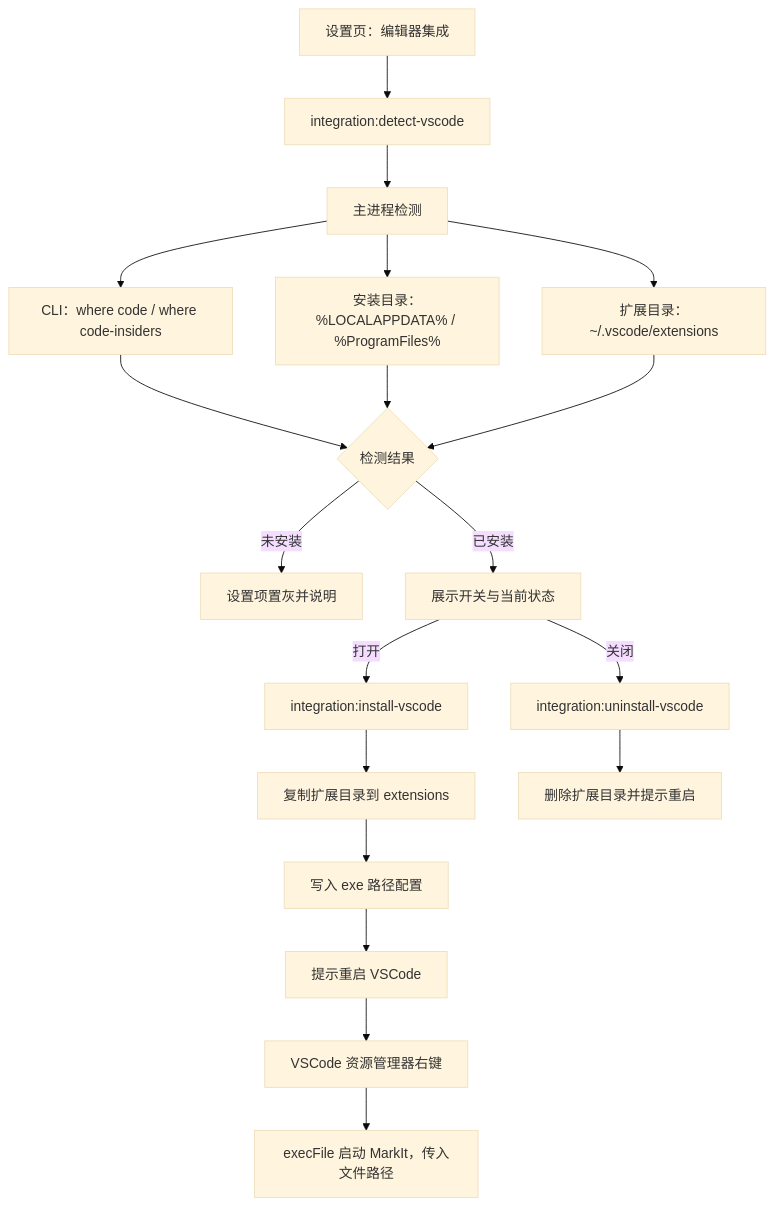
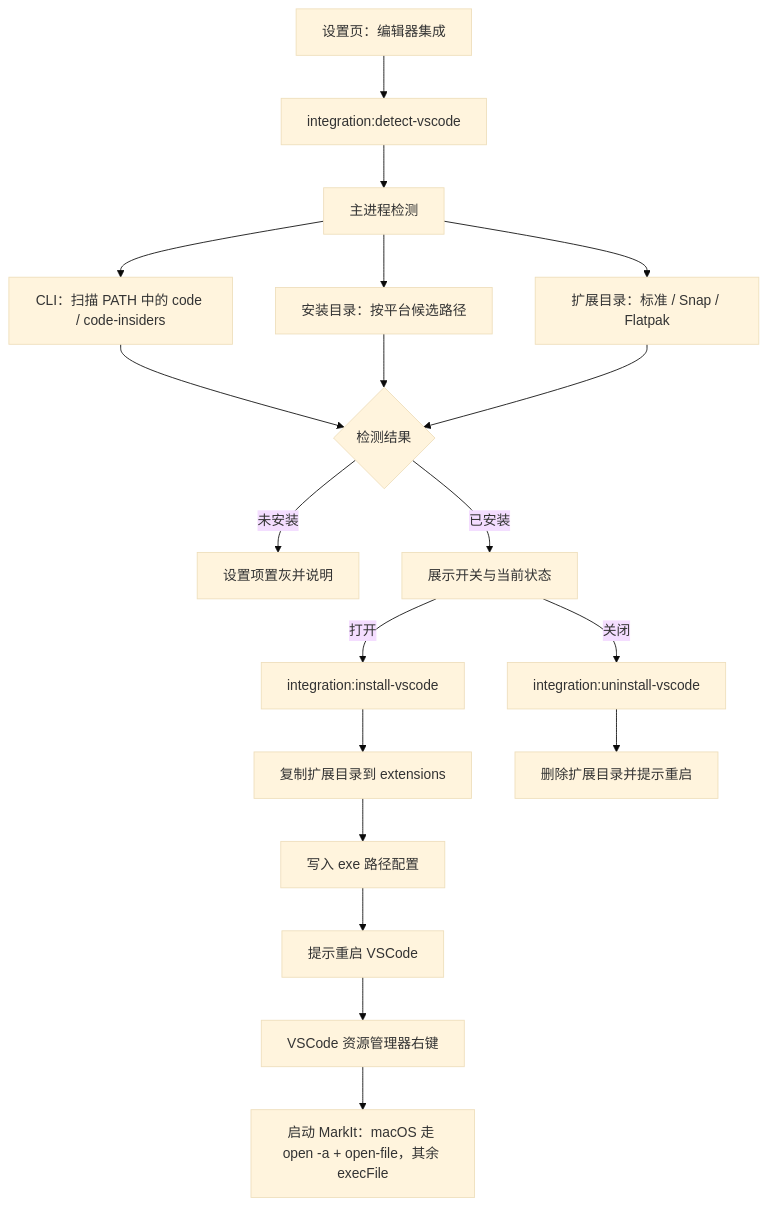
One commit to Harley-xk/mark-it changed the first of 2 diagrams in docs/计划功能/VSCode资源管理器集成.md. Above: the diagram before and after it, drawn with Mermaid (base theme). The commit also changed other lines of this file, not shown here.

Commit message:
docs(docs): 补齐 VSCode 资源管理器集成的三平台方案

````diff
--- a/docs/计划功能/VSCode资源管理器集成.md
+++ b/docs/计划功能/VSCode资源管理器集成.md
@@ -39,21 +41,21 @@
 ```mermaid
 flowchart TD
     A["设置页：编辑器集成"] --> B["integration:detect-vscode"]
     B --> C["主进程检测"]
-    C --> C1["CLI：where code / where code-insiders"]
-    C --> C2["安装目录：%LOCALAPPDATA% / %ProgramFiles%"]
-    C --> C3["扩展目录：~/.vscode/extensions"]
+    C --> C1["CLI：扫描 PATH 中的 code / code-insiders"]
+    C --> C2["安装目录：按平台候选路径"]
+    C --> C3["扩展目录：标准 / Snap / Flatpak"]
     C1 --> D{"检测结果"}
     C2 --> D
     C3 --> D
     D -->|"未安装"| E["设置项置灰并说明"]
     D -->|"已安装"| F["展示开关与当前状态"]
     F -->|"打开"| G["integration:install-vscode"]
     G --> H["复制扩展目录到 extensions"]
     H --> I["写入 exe 路径配置"]
     I --> J["提示重启 VSCode"]
     F -->|"关闭"| K["integration:uninstall-vscode"]
     K --> L["删除扩展目录并提示重启"]
     J --> M["VSCode 资源管理器右键"]
-    M --> N["execFile 启动 MarkIt，传入文件路径"]
+    M --> N["启动 MarkIt：macOS 走 open -a + open-file，其余 execFile"]
 ```
````
